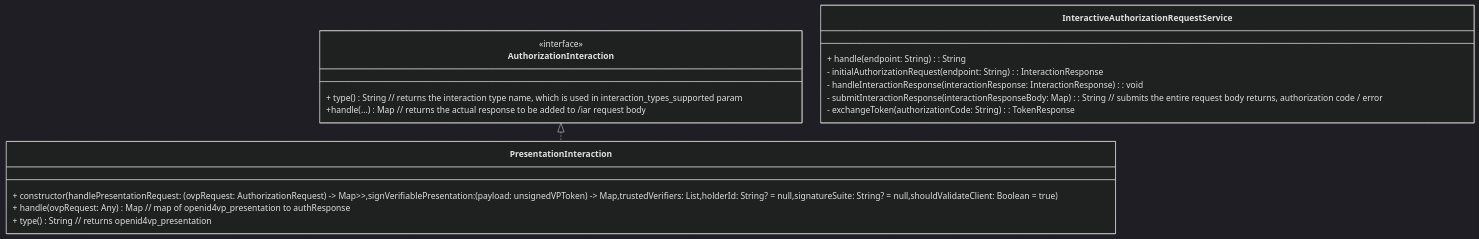
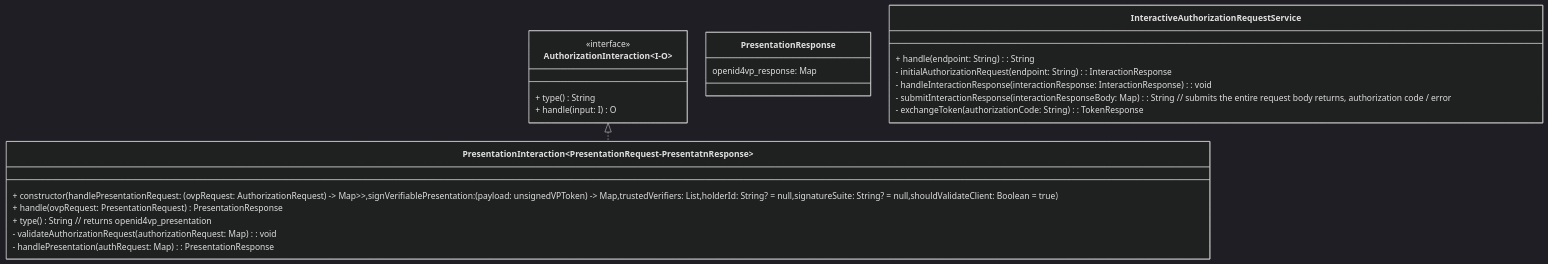
The third of 3 diagrams in docs/presentation-during-issuance.md (tw-mosip/inji-wallet), drawn with Mermaid (dark theme) before and after one commit. The commit also changed other lines of this file, not shown here.

Commit message:
[INJIMOB-3601] refactor: enhance class diagram

````diff
--- a/docs/presentation-during-issuance.md
+++ b/docs/presentation-during-issuance.md
@@ -175,27 +176,33 @@
 ```mermaid
 ---
 config:
   layout: elk
 ---
 classDiagram
-    class PresentationInteraction {
+    class PresentationInteraction~PresentationRequest-PresentatnResponse~ {
         + constructor(handlePresentationRequest: (ovpRequest: AuthorizationRequest) -> Map<String, Map<FormatType, List<Any>>>,signVerifiablePresentation: (payload: unsignedVPToken) -> Map<FormatType, VPTokenSigningResult>,trustedVerifiers: List<Verifier>,holderId: String? = null,signatureSuite: String? = null,shouldValidateClient: Boolean = true)
-        + handle(ovpRequest: Any) Map<String, Any> // map of openid4vp_presentation to authResponse
+        + handle(ovpRequest: PresentationRequest) PresentationResponse 
         + type() String // returns openid4vp_presentation
+        - validateAuthorizationRequest(authorizationRequest: Map<String,Any>) : void
+        - handlePresentation(authRequest: Map<String,Any>) : PresentationResponse
     }
-    class AuthorizationInteraction {
+    class AuthorizationInteraction~I-O~ {
         <<interface>>
-        + type() String // returns the interaction type name, which is used in interaction_types_supported param
-        +handle(...) Map<String, Any> // returns the actual response to be added to /iar request body
+        + type() String
+        + handle(input: I) O
+    }
+    
+    class PresentationResponse {
+        openid4vp_response: Map<String, Any>
     }
 
     AuthorizationInteraction <|.. PresentationInteraction
     
     class InteractiveAuthorizationRequestService {
         + handle(endpoint: String) : String
         - initialAuthorizationRequest(endpoint: String) : InteractionResponse
         - handleInteractionResponse(interactionResponse: InteractionResponse) : void
         - submitInteractionResponse(interactionResponseBody: Map<String, Any>) : String // submits the entire request body returns, authorization code / error
         - exchangeToken(authorizationCode: String) : TokenResponse
     }
 ```
````
